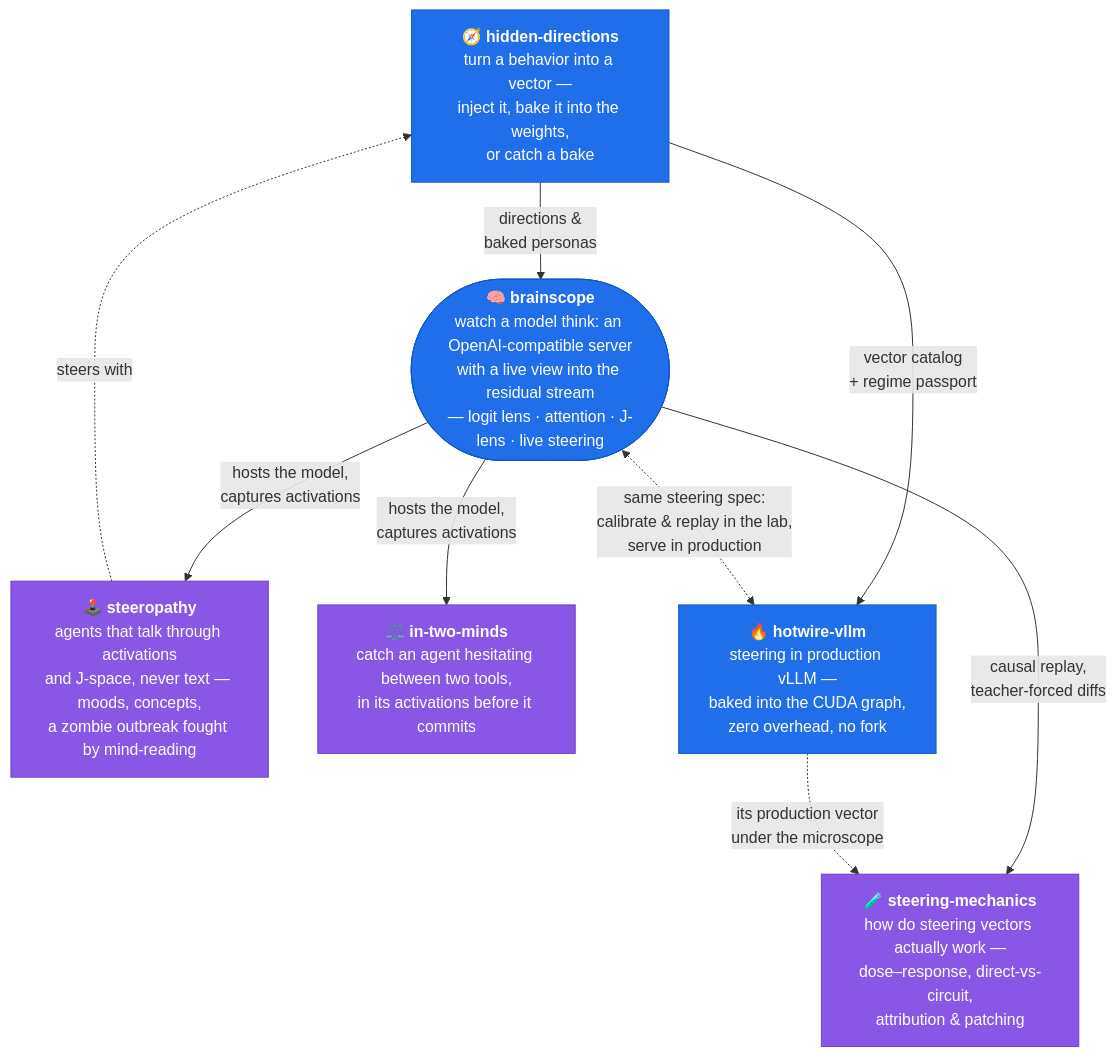
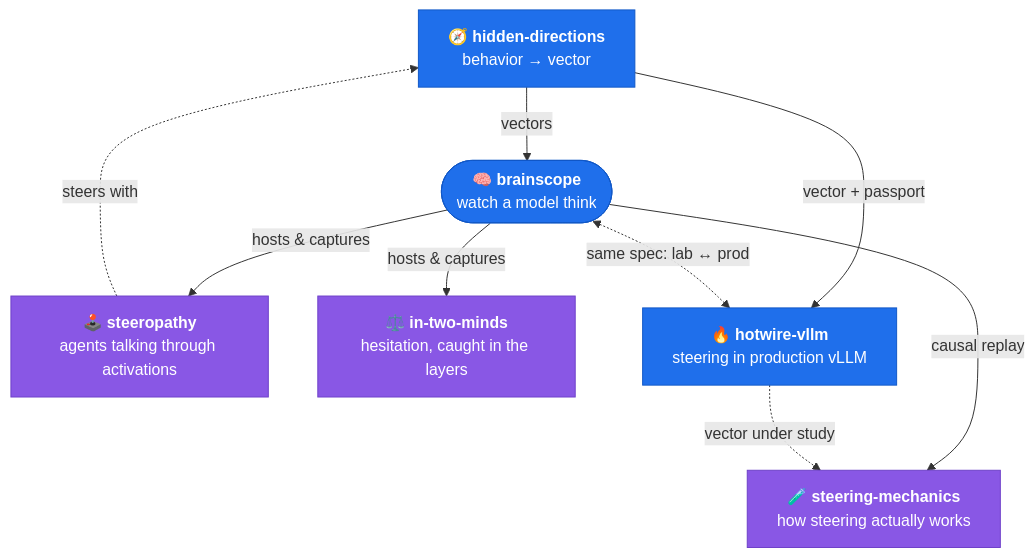
The diagram in README.md (moudrkat/moudrkat), drawn with Mermaid before and after one commit.

Commit message:
slim the graph labels

````diff
--- a/README.md
+++ b/README.md
@@ -24,30 +24,30 @@
 ```mermaid
 flowchart TD
-    hd["🧭 <b>hidden-directions</b><br/>turn a behavior into a vector —<br/>inject it, bake it into the weights,<br/>or catch a bake"]
-    bs(["🧠 <b>brainscope</b><br/>watch a model think: an OpenAI-compatible server<br/>with a live view into the residual stream<br/>— logit lens · attention · J-lens · live steering"])
-    st["🕹️ <b>steeropathy</b><br/>agents that talk through activations<br/>and J-space, never text — moods, concepts,<br/>a zombie outbreak fought by mind-reading"]
-    tm["⚖️ <b>in-two-minds</b><br/>catch an agent hesitating between two tools,<br/>in its activations before it commits"]
-    hw["🔥 <b>hotwire-vllm</b><br/>steering in production vLLM —<br/>baked into the CUDA graph,<br/>zero overhead, no fork"]
-    sm["🧪 <b>steering-mechanics</b><br/>how do steering vectors actually work —<br/>dose–response, direct-vs-circuit,<br/>attribution & patching"]
+    hd["🧭 <b>hidden-directions</b><br/>behavior → vector"]
+    bs(["🧠 <b>brainscope</b><br/>watch a model think"])
+    st["🕹️ <b>steeropathy</b><br/>agents talking through activations"]
+    tm["⚖️ <b>in-two-minds</b><br/>hesitation, caught in the layers"]
+    hw["🔥 <b>hotwire-vllm</b><br/>steering in production vLLM"]
+    sm["🧪 <b>steering-mechanics</b><br/>how steering actually works"]
 
-    hd -->|"directions &<br/>baked personas"| bs
-    bs -->|"hosts the model,<br/>captures activations"| st
-    bs -->|"hosts the model,<br/>captures activations"| tm
+    hd -->|"vectors"| bs
+    bs -->|"hosts & captures"| st
+    bs -->|"hosts & captures"| tm
     st -.->|"steers with"| hd
-    hd -->|"vector catalog<br/>+ regime passport"| hw
-    bs <-.->|"same steering spec:<br/>calibrate & replay in the lab,<br/>serve in production"| hw
-    bs -->|"causal replay,<br/>teacher-forced diffs"| sm
-    hw -.->|"its production vector<br/>under the microscope"| sm
+    hd -->|"vector + passport"| hw
+    bs <-.->|"same spec: lab ↔ prod"| hw
+    bs -->|"causal replay"| sm
+    hw -.->|"vector under study"| sm
 
     click hd "https://github.com/moudrkat/hidden-directions"
     click bs "https://github.com/moudrkat/brainscope"
     click st "https://github.com/moudrkat/steeropathy"
     click tm "https://github.com/moudrkat/in-two-minds"
     click hw "https://github.com/moudrkat/hotwire-vllm"
     click sm "https://github.com/moudrkat/steering-mechanics"
 
     classDef engine fill:#1f6feb,stroke:#1158c7,color:#ffffff;
     classDef exp fill:#8957e5,stroke:#6e40c9,color:#ffffff;
     class bs,hd,hw engine;
     class st,tm,sm exp;
 ```
````
